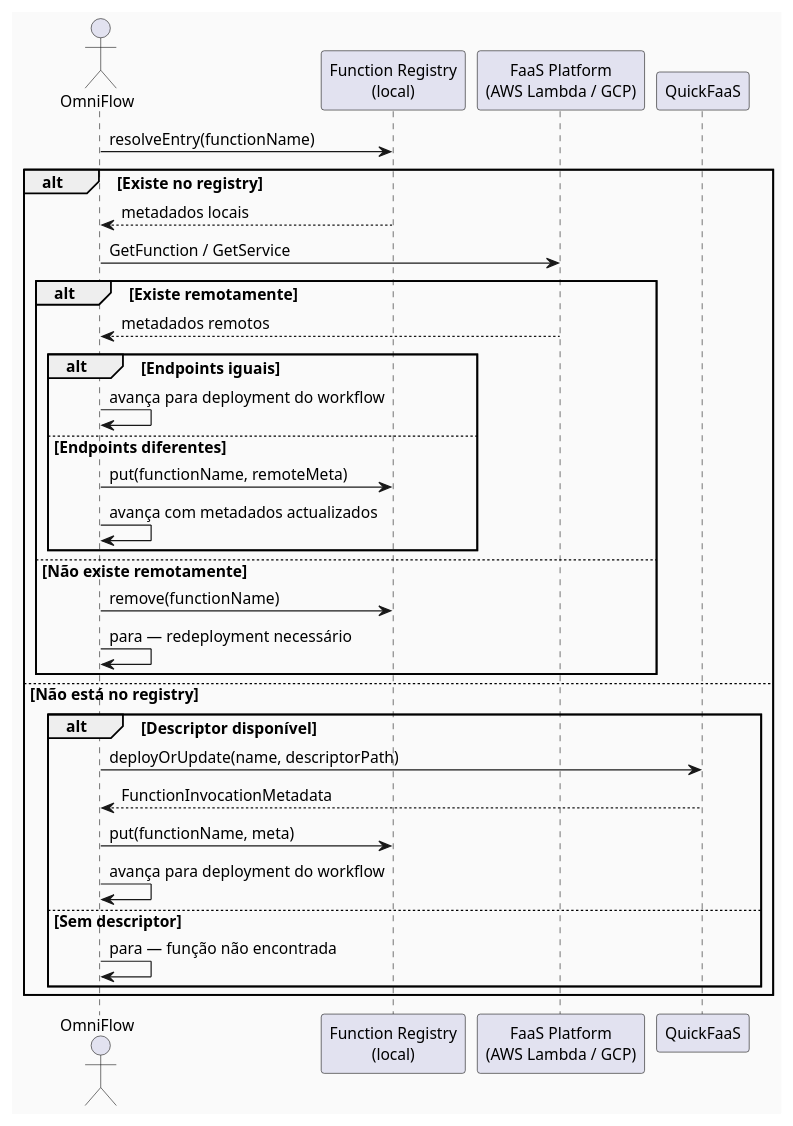
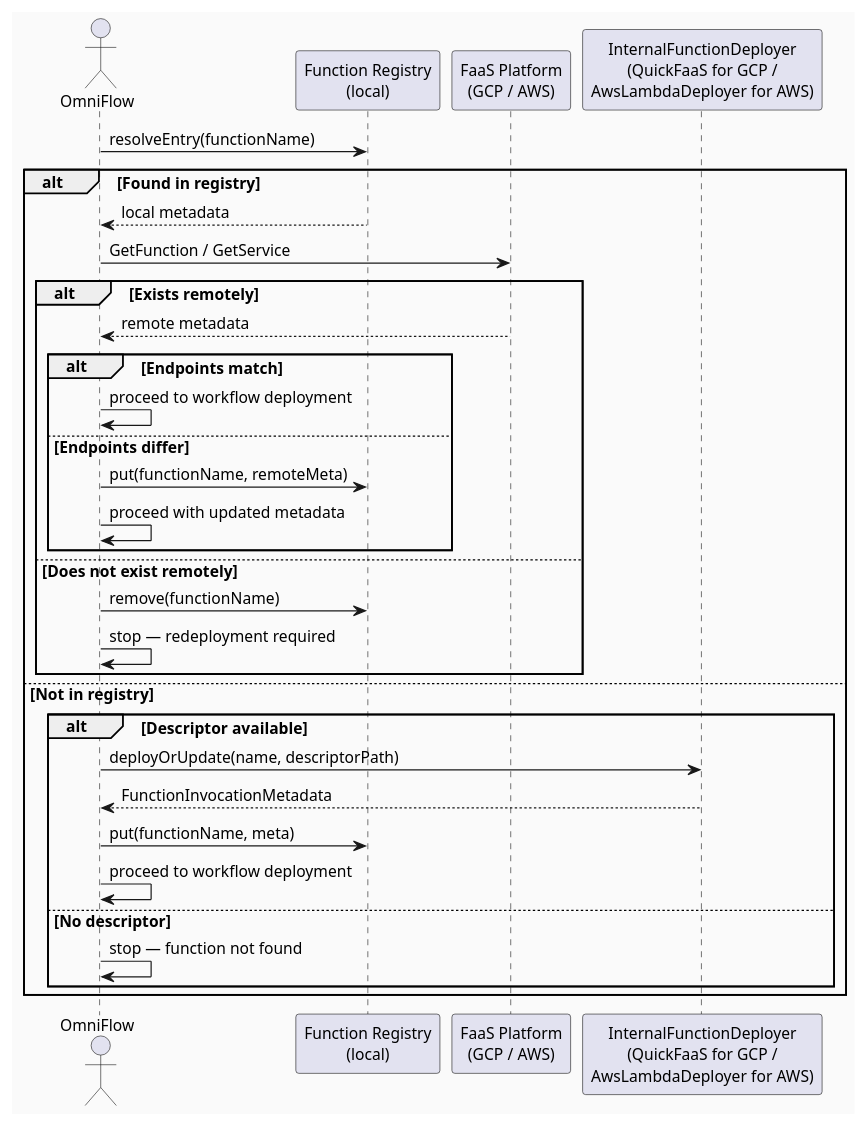
The sixth of 8 diagrams in omni-flow-main/Apresentacao-Orientador.md (EngenheiroPedroCarvalho/ISEL-Thesis-2526), drawn with PlantUML before and after one commit. The commit also changed other lines of this file, not shown here.

First line of the commit message:
Translate presentation to English and fix QuickFaaS AWS references

````diff
--- a/omni-flow-main/Apresentacao-Orientador.md
+++ b/omni-flow-main/Apresentacao-Orientador.md
@@ -207,39 +209,39 @@
 ```plantuml
 @startuml
 skinparam backgroundColor #FAFAFA
 skinparam defaultFontSize 13
 
 actor "OmniFlow" as O
 participant "Function Registry\n(local)" as R
-participant "FaaS Platform\n(AWS Lambda / GCP)" as P
-participant "QuickFaaS" as Q
+participant "FaaS Platform\n(GCP / AWS)" as P
+participant "InternalFunctionDeployer\n(QuickFaaS for GCP /\nAwsLambdaDeployer for AWS)" as Q
 
 O -> R : resolveEntry(functionName)
 
-alt Existe no registry
-  R --> O : metadados locais
+alt Found in registry
+  R --> O : local metadata
   O -> P : GetFunction / GetService
-  alt Existe remotamente
-    P --> O : metadados remotos
-    alt Endpoints iguais
-      O -> O : avança para deployment do workflow
-    else Endpoints diferentes
+  alt Exists remotely
+    P --> O : remote metadata
+    alt Endpoints match
+      O -> O : proceed to workflow deployment
+    else Endpoints differ
       O -> R : put(functionName, remoteMeta)
-      O -> O : avança com metadados actualizados
+      O -> O : proceed with updated metadata
     end
-  else Não existe remotamente
+  else Does not exist remotely
     O -> R : remove(functionName)
-    O -> O : para — redeployment necessário
+    O -> O : stop — redeployment required
   end
-else Não está no registry
-  alt Descriptor disponível
+else Not in registry
+  alt Descriptor available
     O -> Q : deployOrUpdate(name, descriptorPath)
     Q --> O : FunctionInvocationMetadata
     O -> R : put(functionName, meta)
-    O -> O : avança para deployment do workflow
-  else Sem descriptor
-    O -> O : para — função não encontrada
+    O -> O : proceed to workflow deployment
+  else No descriptor
+    O -> O : stop — function not found
   end
 end
 @enduml
 ```
````
